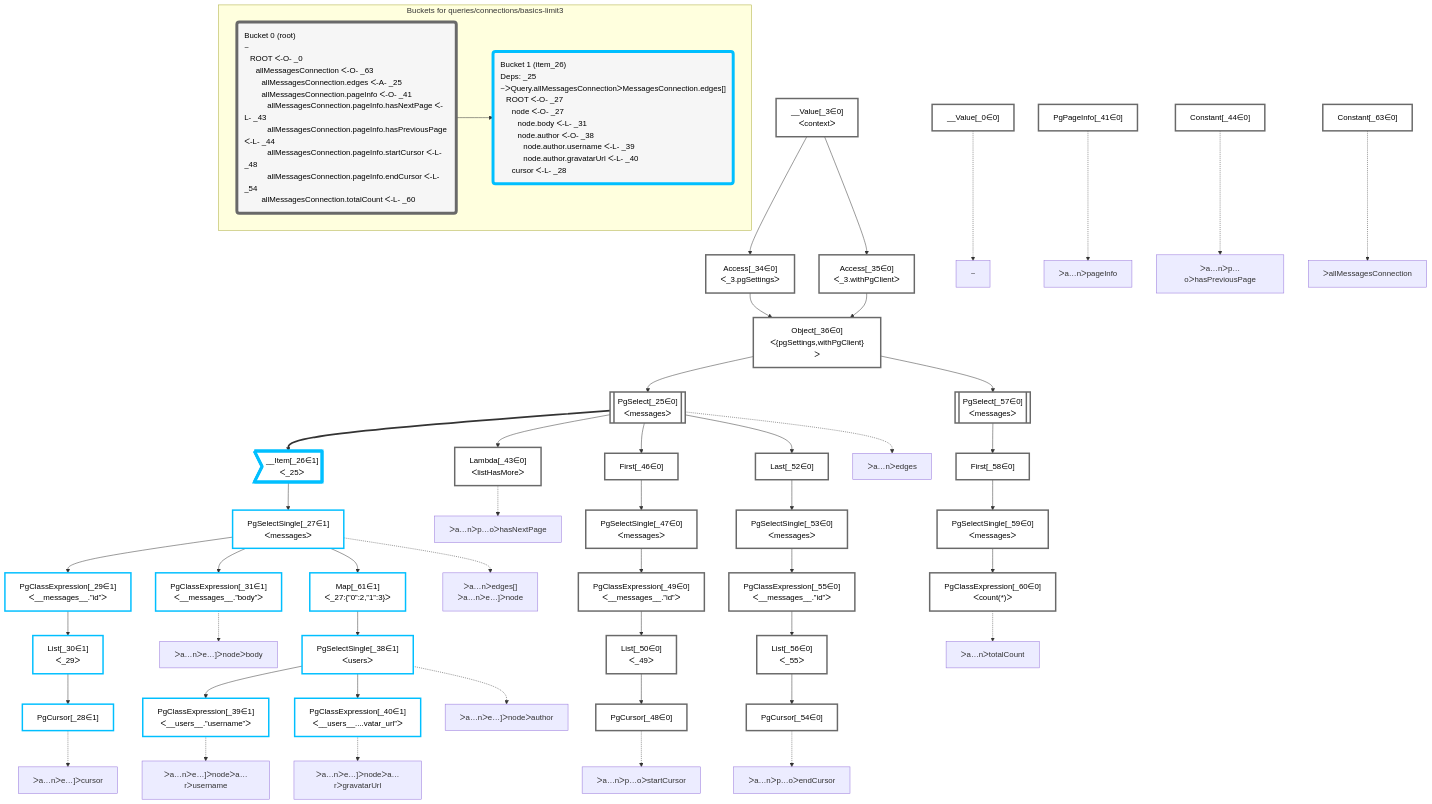
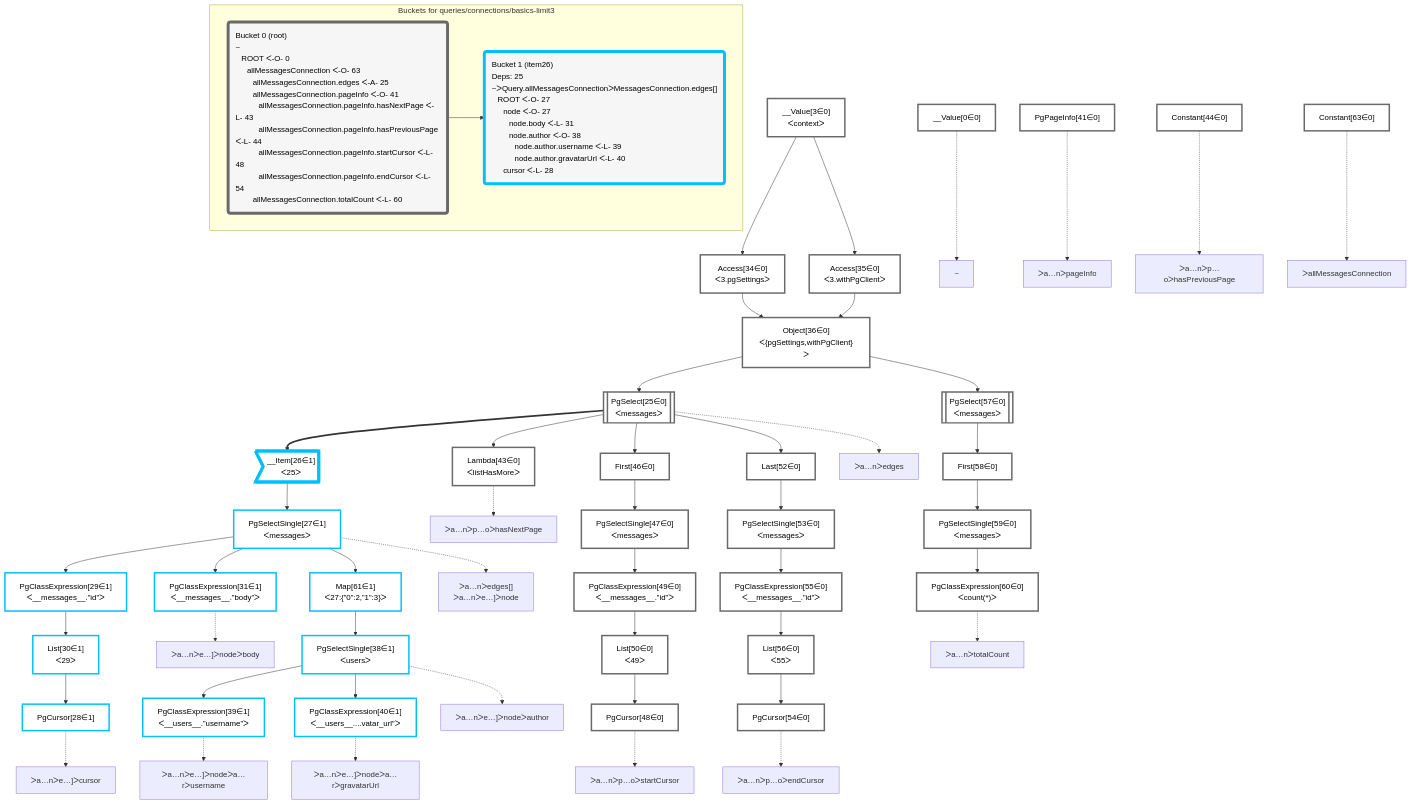
One commit to graphile/crystal changed the diagram in packages/dataplan-pg/__tests__/queries/connections/basics-limit3.mermaid.md. Above: the diagram before and after it, drawn with Mermaid. The commit also changed 195 other files, not shown here.

````diff
--- a/packages/dataplan-pg/__tests__/queries/connections/basics-limit3.mermaid.md
+++ b/packages/dataplan-pg/__tests__/queries/connections/basics-limit3.mermaid.md
@@ -8,111 +8,111 @@
 
 
     %% define plans
-    __Value_0["__Value[_0∈0]"]:::plan
-    PgCursor_28["PgCursor[_28∈1]"]:::plan
-    List_30["List[_30∈1]<br />ᐸ_29ᐳ"]:::plan
-    PgClassExpression_29["PgClassExpression[_29∈1]<br />ᐸ__messages__.”id”ᐳ"]:::plan
-    PgClassExpression_31["PgClassExpression[_31∈1]<br />ᐸ__messages__.”body”ᐳ"]:::plan
-    PgClassExpression_39["PgClassExpression[_39∈1]<br />ᐸ__users__.”username”ᐳ"]:::plan
-    PgClassExpression_40["PgClassExpression[_40∈1]<br />ᐸ__users__....vatar_url”ᐳ"]:::plan
-    PgSelectSingle_38["PgSelectSingle[_38∈1]<br />ᐸusersᐳ"]:::plan
-    Map_61["Map[_61∈1]<br />ᐸ_27:{”0”:2,”1”:3}ᐳ"]:::plan
-    PgSelectSingle_27["PgSelectSingle[_27∈1]<br />ᐸmessagesᐳ"]:::plan
-    __Item_26>"__Item[_26∈1]<br />ᐸ_25ᐳ"]:::itemplan
-    Lambda_43["Lambda[_43∈0]<br />ᐸlistHasMoreᐳ"]:::plan
-    PgCursor_48["PgCursor[_48∈0]"]:::plan
-    List_50["List[_50∈0]<br />ᐸ_49ᐳ"]:::plan
-    PgClassExpression_49["PgClassExpression[_49∈0]<br />ᐸ__messages__.”id”ᐳ"]:::plan
-    PgSelectSingle_47["PgSelectSingle[_47∈0]<br />ᐸmessagesᐳ"]:::plan
-    First_46["First[_46∈0]"]:::plan
-    PgCursor_54["PgCursor[_54∈0]"]:::plan
-    List_56["List[_56∈0]<br />ᐸ_55ᐳ"]:::plan
-    PgClassExpression_55["PgClassExpression[_55∈0]<br />ᐸ__messages__.”id”ᐳ"]:::plan
-    PgSelectSingle_53["PgSelectSingle[_53∈0]<br />ᐸmessagesᐳ"]:::plan
-    Last_52["Last[_52∈0]"]:::plan
-    PgSelect_25[["PgSelect[_25∈0]<br />ᐸmessagesᐳ"]]:::plan
-    PgClassExpression_60["PgClassExpression[_60∈0]<br />ᐸcount(*)ᐳ"]:::plan
-    PgSelectSingle_59["PgSelectSingle[_59∈0]<br />ᐸmessagesᐳ"]:::plan
-    First_58["First[_58∈0]"]:::plan
-    PgSelect_57[["PgSelect[_57∈0]<br />ᐸmessagesᐳ"]]:::plan
-    Object_36["Object[_36∈0]<br />ᐸ{pgSettings,withPgClient}ᐳ"]:::plan
-    Access_34["Access[_34∈0]<br />ᐸ_3.pgSettingsᐳ"]:::plan
-    Access_35["Access[_35∈0]<br />ᐸ_3.withPgClientᐳ"]:::plan
-    __Value_3["__Value[_3∈0]<br />ᐸcontextᐳ"]:::plan
-    Constant_63["Constant[_63∈0]"]:::plan
-    PgPageInfo_41["PgPageInfo[_41∈0]"]:::plan
-    Constant_44["Constant[_44∈0]"]:::plan
+    __Value0["__Value[0∈0]"]:::plan
+    PgCursor28["PgCursor[28∈1]"]:::plan
+    List30["List[30∈1]<br />ᐸ29ᐳ"]:::plan
+    PgClassExpression29["PgClassExpression[29∈1]<br />ᐸ__messages__.”id”ᐳ"]:::plan
+    PgClassExpression31["PgClassExpression[31∈1]<br />ᐸ__messages__.”body”ᐳ"]:::plan
+    PgClassExpression39["PgClassExpression[39∈1]<br />ᐸ__users__.”username”ᐳ"]:::plan
+    PgClassExpression40["PgClassExpression[40∈1]<br />ᐸ__users__....vatar_url”ᐳ"]:::plan
+    PgSelectSingle38["PgSelectSingle[38∈1]<br />ᐸusersᐳ"]:::plan
+    Map61["Map[61∈1]<br />ᐸ27:{”0”:2,”1”:3}ᐳ"]:::plan
+    PgSelectSingle27["PgSelectSingle[27∈1]<br />ᐸmessagesᐳ"]:::plan
+    __Item26>"__Item[26∈1]<br />ᐸ25ᐳ"]:::itemplan
+    Lambda43["Lambda[43∈0]<br />ᐸlistHasMoreᐳ"]:::plan
+    PgCursor48["PgCursor[48∈0]"]:::plan
+    List50["List[50∈0]<br />ᐸ49ᐳ"]:::plan
+    PgClassExpression49["PgClassExpression[49∈0]<br />ᐸ__messages__.”id”ᐳ"]:::plan
+    PgSelectSingle47["PgSelectSingle[47∈0]<br />ᐸmessagesᐳ"]:::plan
+    First46["First[46∈0]"]:::plan
+    PgCursor54["PgCursor[54∈0]"]:::plan
+    List56["List[56∈0]<br />ᐸ55ᐳ"]:::plan
+    PgClassExpression55["PgClassExpression[55∈0]<br />ᐸ__messages__.”id”ᐳ"]:::plan
+    PgSelectSingle53["PgSelectSingle[53∈0]<br />ᐸmessagesᐳ"]:::plan
+    Last52["Last[52∈0]"]:::plan
+    PgSelect25[["PgSelect[25∈0]<br />ᐸmessagesᐳ"]]:::plan
+    PgClassExpression60["PgClassExpression[60∈0]<br />ᐸcount(*)ᐳ"]:::plan
+    PgSelectSingle59["PgSelectSingle[59∈0]<br />ᐸmessagesᐳ"]:::plan
+    First58["First[58∈0]"]:::plan
+    PgSelect57[["PgSelect[57∈0]<br />ᐸmessagesᐳ"]]:::plan
+    Object36["Object[36∈0]<br />ᐸ{pgSettings,withPgClient}ᐳ"]:::plan
+    Access34["Access[34∈0]<br />ᐸ3.pgSettingsᐳ"]:::plan
+    Access35["Access[35∈0]<br />ᐸ3.withPgClientᐳ"]:::plan
+    __Value3["__Value[3∈0]<br />ᐸcontextᐳ"]:::plan
+    Constant63["Constant[63∈0]"]:::plan
+    PgPageInfo41["PgPageInfo[41∈0]"]:::plan
+    Constant44["Constant[44∈0]"]:::plan
 
     %% plan dependencies
-    List_30 --> PgCursor_28
-    PgClassExpression_29 --> List_30
-    PgSelectSingle_27 --> PgClassExpression_29
-    PgSelectSingle_27 --> PgClassExpression_31
-    PgSelectSingle_38 --> PgClassExpression_39
-    PgSelectSingle_38 --> PgClassExpression_40
-    Map_61 --> PgSelectSingle_38
-    PgSelectSingle_27 --> Map_61
-    __Item_26 --> PgSelectSingle_27
-    PgSelect_25 ==> __Item_26
-    PgSelect_25 --> Lambda_43
-    List_50 --> PgCursor_48
-    PgClassExpression_49 --> List_50
-    PgSelectSingle_47 --> PgClassExpression_49
-    First_46 --> PgSelectSingle_47
-    PgSelect_25 --> First_46
-    List_56 --> PgCursor_54
-    PgClassExpression_55 --> List_56
-    PgSelectSingle_53 --> PgClassExpression_55
-    Last_52 --> PgSelectSingle_53
-    PgSelect_25 --> Last_52
-    Object_36 --> PgSelect_25
-    PgSelectSingle_59 --> PgClassExpression_60
-    First_58 --> PgSelectSingle_59
-    PgSelect_57 --> First_58
-    Object_36 --> PgSelect_57
-    Access_34 & Access_35 --> Object_36
-    __Value_3 --> Access_34
-    __Value_3 --> Access_35
+    List30 --> PgCursor28
+    PgClassExpression29 --> List30
+    PgSelectSingle27 --> PgClassExpression29
+    PgSelectSingle27 --> PgClassExpression31
+    PgSelectSingle38 --> PgClassExpression39
+    PgSelectSingle38 --> PgClassExpression40
+    Map61 --> PgSelectSingle38
+    PgSelectSingle27 --> Map61
+    __Item26 --> PgSelectSingle27
+    PgSelect25 ==> __Item26
+    PgSelect25 --> Lambda43
+    List50 --> PgCursor48
+    PgClassExpression49 --> List50
+    PgSelectSingle47 --> PgClassExpression49
+    First46 --> PgSelectSingle47
+    PgSelect25 --> First46
+    List56 --> PgCursor54
+    PgClassExpression55 --> List56
+    PgSelectSingle53 --> PgClassExpression55
+    Last52 --> PgSelectSingle53
+    PgSelect25 --> Last52
+    Object36 --> PgSelect25
+    PgSelectSingle59 --> PgClassExpression60
+    First58 --> PgSelectSingle59
+    PgSelect57 --> First58
+    Object36 --> PgSelect57
+    Access34 & Access35 --> Object36
+    __Value3 --> Access34
+    __Value3 --> Access35
 
     %% plan-to-path relationships
-    P_0["~"]
-    __Value_0 -.-> P_0
-    P_25["ᐳa…nᐳedges"]
-    PgSelect_25 -.-> P_25
-    P_27["ᐳa…nᐳedges[]<br />ᐳa…nᐳe…]ᐳnode"]
-    PgSelectSingle_27 -.-> P_27
-    P_28["ᐳa…nᐳe…]ᐳcursor"]
-    PgCursor_28 -.-> P_28
-    P_31["ᐳa…nᐳe…]ᐳnodeᐳbody"]
-    PgClassExpression_31 -.-> P_31
-    P_38["ᐳa…nᐳe…]ᐳnodeᐳauthor"]
-    PgSelectSingle_38 -.-> P_38
-    P_39["ᐳa…nᐳe…]ᐳnodeᐳa…rᐳusername"]
-    PgClassExpression_39 -.-> P_39
-    P_40["ᐳa…nᐳe…]ᐳnodeᐳa…rᐳgravatarUrl"]
-    PgClassExpression_40 -.-> P_40
-    P_41["ᐳa…nᐳpageInfo"]
-    PgPageInfo_41 -.-> P_41
-    P_43["ᐳa…nᐳp…oᐳhasNextPage"]
-    Lambda_43 -.-> P_43
-    P_44["ᐳa…nᐳp…oᐳhasPreviousPage"]
-    Constant_44 -.-> P_44
-    P_48["ᐳa…nᐳp…oᐳstartCursor"]
-    PgCursor_48 -.-> P_48
-    P_54["ᐳa…nᐳp…oᐳendCursor"]
-    PgCursor_54 -.-> P_54
-    P_60["ᐳa…nᐳtotalCount"]
-    PgClassExpression_60 -.-> P_60
-    P_63["ᐳallMessagesConnection"]
-    Constant_63 -.-> P_63
+    P0["~"]
+    __Value0 -.-> P0
+    P25["ᐳa…nᐳedges"]
+    PgSelect25 -.-> P25
+    P27["ᐳa…nᐳedges[]<br />ᐳa…nᐳe…]ᐳnode"]
+    PgSelectSingle27 -.-> P27
+    P28["ᐳa…nᐳe…]ᐳcursor"]
+    PgCursor28 -.-> P28
+    P31["ᐳa…nᐳe…]ᐳnodeᐳbody"]
+    PgClassExpression31 -.-> P31
+    P38["ᐳa…nᐳe…]ᐳnodeᐳauthor"]
+    PgSelectSingle38 -.-> P38
+    P39["ᐳa…nᐳe…]ᐳnodeᐳa…rᐳusername"]
+    PgClassExpression39 -.-> P39
+    P40["ᐳa…nᐳe…]ᐳnodeᐳa…rᐳgravatarUrl"]
+    PgClassExpression40 -.-> P40
+    P41["ᐳa…nᐳpageInfo"]
+    PgPageInfo41 -.-> P41
+    P43["ᐳa…nᐳp…oᐳhasNextPage"]
+    Lambda43 -.-> P43
+    P44["ᐳa…nᐳp…oᐳhasPreviousPage"]
+    Constant44 -.-> P44
+    P48["ᐳa…nᐳp…oᐳstartCursor"]
+    PgCursor48 -.-> P48
+    P54["ᐳa…nᐳp…oᐳendCursor"]
+    PgCursor54 -.-> P54
+    P60["ᐳa…nᐳtotalCount"]
+    PgClassExpression60 -.-> P60
+    P63["ᐳallMessagesConnection"]
+    Constant63 -.-> P63
 
     subgraph "Buckets for queries/connections/basics-limit3"
-    Bucket0("Bucket 0 (root)<br />~<br />⠀ROOT ᐸ-O- _0<br />⠀⠀allMessagesConnection ᐸ-O- _63<br />⠀⠀⠀allMessagesConnection.edges ᐸ-A- _25<br />⠀⠀⠀allMessagesConnection.pageInfo ᐸ-O- _41<br />⠀⠀⠀⠀allMessagesConnection.pageInfo.hasNextPage ᐸ-L- _43<br />⠀⠀⠀⠀allMessagesConnection.pageInfo.hasPreviousPage ᐸ-L- _44<br />⠀⠀⠀⠀allMessagesConnection.pageInfo.startCursor ᐸ-L- _48<br />⠀⠀⠀⠀allMessagesConnection.pageInfo.endCursor ᐸ-L- _54<br />⠀⠀⠀allMessagesConnection.totalCount ᐸ-L- _60"):::bucket
+    Bucket0("Bucket 0 (root)<br />~<br />⠀ROOT ᐸ-O- 0<br />⠀⠀allMessagesConnection ᐸ-O- 63<br />⠀⠀⠀allMessagesConnection.edges ᐸ-A- 25<br />⠀⠀⠀allMessagesConnection.pageInfo ᐸ-O- 41<br />⠀⠀⠀⠀allMessagesConnection.pageInfo.hasNextPage ᐸ-L- 43<br />⠀⠀⠀⠀allMessagesConnection.pageInfo.hasPreviousPage ᐸ-L- 44<br />⠀⠀⠀⠀allMessagesConnection.pageInfo.startCursor ᐸ-L- 48<br />⠀⠀⠀⠀allMessagesConnection.pageInfo.endCursor ᐸ-L- 54<br />⠀⠀⠀allMessagesConnection.totalCount ᐸ-L- 60"):::bucket
     classDef bucket0 stroke:#696969
-    class Bucket0,__Value_0,__Value_3,PgSelect_25,Access_34,Access_35,Object_36,PgPageInfo_41,Lambda_43,Constant_44,First_46,PgSelectSingle_47,PgCursor_48,PgClassExpression_49,List_50,Last_52,PgSelectSingle_53,PgCursor_54,PgClassExpression_55,List_56,PgSelect_57,First_58,PgSelectSingle_59,PgClassExpression_60,Constant_63 bucket0
-    Bucket1("Bucket 1 (item_26)<br />Deps: _25<br />~ᐳQuery.allMessagesConnectionᐳMessagesConnection.edges[]<br />⠀ROOT ᐸ-O- _27<br />⠀⠀node ᐸ-O- _27<br />⠀⠀⠀node.body ᐸ-L- _31<br />⠀⠀⠀node.author ᐸ-O- _38<br />⠀⠀⠀⠀node.author.username ᐸ-L- _39<br />⠀⠀⠀⠀node.author.gravatarUrl ᐸ-L- _40<br />⠀⠀cursor ᐸ-L- _28"):::bucket
+    class Bucket0,__Value0,__Value3,PgSelect25,Access34,Access35,Object36,PgPageInfo41,Lambda43,Constant44,First46,PgSelectSingle47,PgCursor48,PgClassExpression49,List50,Last52,PgSelectSingle53,PgCursor54,PgClassExpression55,List56,PgSelect57,First58,PgSelectSingle59,PgClassExpression60,Constant63 bucket0
+    Bucket1("Bucket 1 (item26)<br />Deps: 25<br />~ᐳQuery.allMessagesConnectionᐳMessagesConnection.edges[]<br />⠀ROOT ᐸ-O- 27<br />⠀⠀node ᐸ-O- 27<br />⠀⠀⠀node.body ᐸ-L- 31<br />⠀⠀⠀node.author ᐸ-O- 38<br />⠀⠀⠀⠀node.author.username ᐸ-L- 39<br />⠀⠀⠀⠀node.author.gravatarUrl ᐸ-L- 40<br />⠀⠀cursor ᐸ-L- 28"):::bucket
     classDef bucket1 stroke:#00bfff
-    class Bucket1,__Item_26,PgSelectSingle_27,PgCursor_28,PgClassExpression_29,List_30,PgClassExpression_31,PgSelectSingle_38,PgClassExpression_39,PgClassExpression_40,Map_61 bucket1
+    class Bucket1,__Item26,PgSelectSingle27,PgCursor28,PgClassExpression29,List30,PgClassExpression31,PgSelectSingle38,PgClassExpression39,PgClassExpression40,Map61 bucket1
     Bucket0 --> Bucket1
     end
 ```
````
